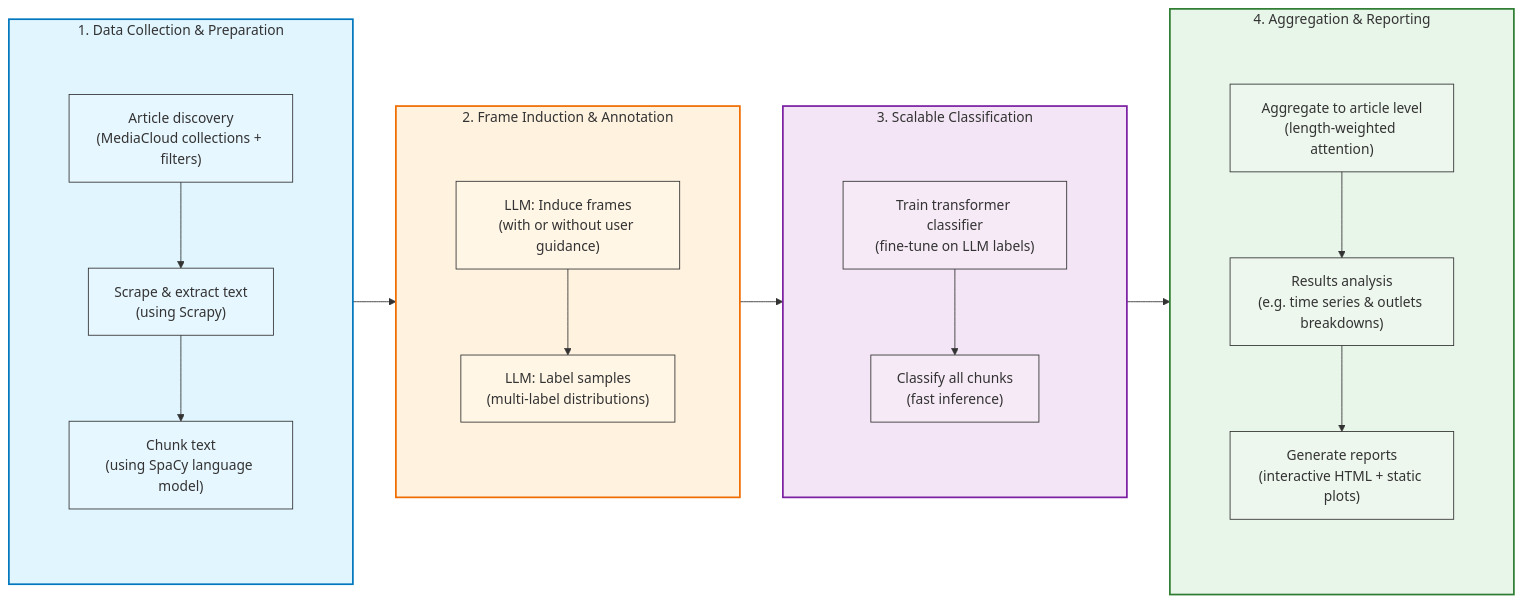
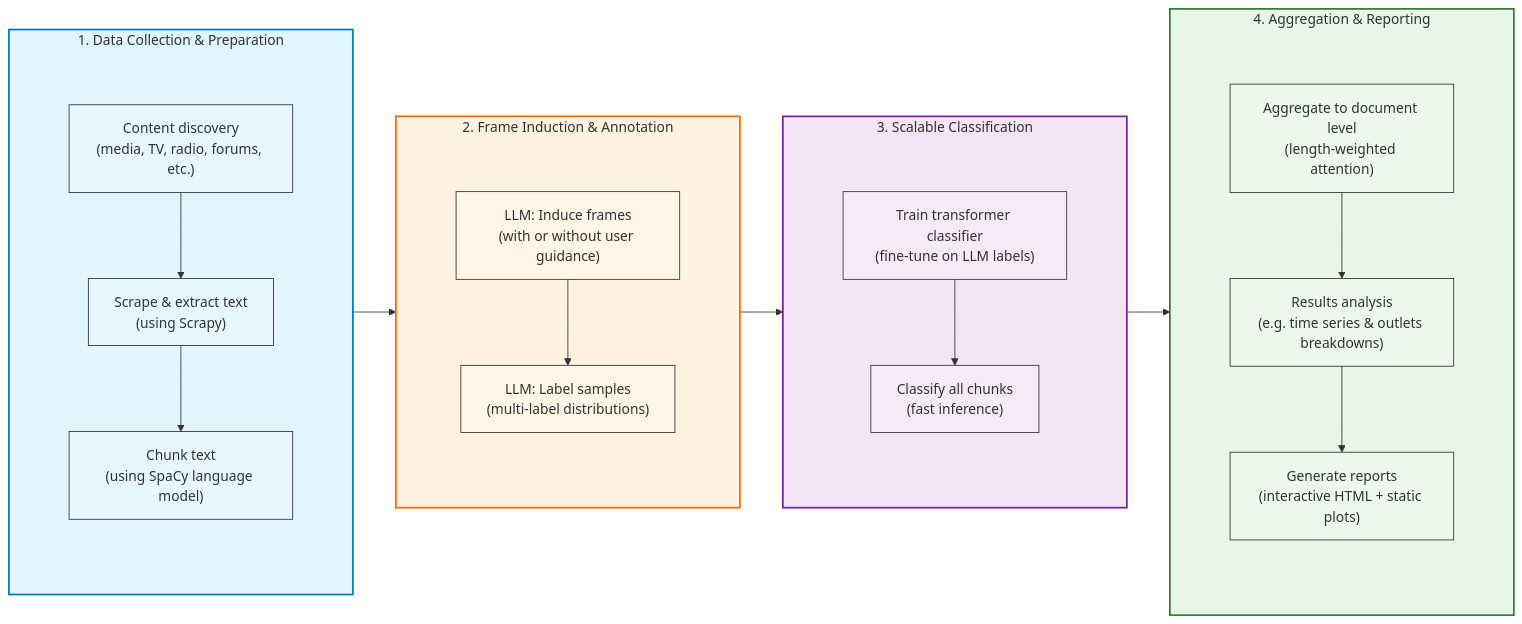
The diagram in docs/posts/narrative_framing.md (hubert-thieriot/effective-advocacy-project), drawn with Mermaid before and after one commit. The commit also changed other lines of this file, not shown here.

````diff
--- a/docs/posts/narrative_framing.md
+++ b/docs/posts/narrative_framing.md
@@ -191,73 +191,73 @@
 ```mermaid
 flowchart LR
     subgraph Collection["1. Data Collection & Preparation"]
         direction TB
         subgraph CollectionSub[ ]
         direction TB
-        A["Article discovery<br/>(MediaCloud collections + filters)"] 
+        A["Content discovery<br/>(media, TV, radio, forums, etc.)"] 
         A2["Scrape & extract text<br/>(using Scrapy)"]
         B["Chunk text<br/>(using SpaCy language model)"]
         A --> A2 --> B
         end
     end
     
     subgraph Discovery["2. Frame Induction & Annotation"]
         direction TB
         subgraph DiscoverySub[ ]
         direction TB
         C["LLM: Induce frames<br/>(with or without user guidance)"]
         D["LLM: Label samples<br/>(multi-label distributions)"]
         C --> D
         end
     end
     
     
 
     subgraph Classification["3. Scalable Classification"]
         direction TB
         subgraph ClassificationSub[ ]
         direction TB
         E["Train transformer classifier<br/>(fine-tune on LLM labels)"]
         F["Classify all chunks<br/>(fast inference)"]
         E --> F
         end
     end
     
     subgraph Analysis["4. Aggregation & Reporting"]
         direction TB
         subgraph AnalysisSub[ ]
         direction TB
-        G["Aggregate to article level<br/>(length-weighted attention)"]
+        G["Aggregate to document level<br/>(length-weighted attention)"]
         H["Results analysis<br/>(e.g. time series & outlets breakdowns)"]
         I["Generate reports<br/>(interactive HTML + static plots)"]
         G --> H --> I
         end
     end
     
     Collection --> Discovery
     Discovery --> Classification
     Classification --> Analysis
     
     classDef nodeBox fill:#ffffff33,stroke:#333,stroke-width:1px
     classDef somePaddingClass padding-bottom:5em
     classDef transparent fill:#ffffff00,stroke-width:0
     
     Collection:::somePaddingClass
     CollectionSub:::transparent
     Discovery:::discoveryStyle
     Discovery:::somePaddingClass
     DiscoverySub:::transparent
     Classification:::somePaddingClass
     ClassificationSub:::transparent
     Analysis:::analysisStyle
     Analysis:::somePaddingClass
     AnalysisSub:::transparent
 
     
     class A,A2,B,C,D,E,F,G,H,I nodeBox
     style Collection fill:#e1f5ff,stroke:#0277bd,stroke-width:2px
     style Discovery fill:#fff3e0,stroke:#ef6c00,stroke-width:2px
     style Classification fill:#f3e5f5,stroke:#7b1fa2,stroke-width:2px
     style Analysis fill:#e8f5e9,stroke:#2e7d32,stroke-width:2px
     
 ```
````
